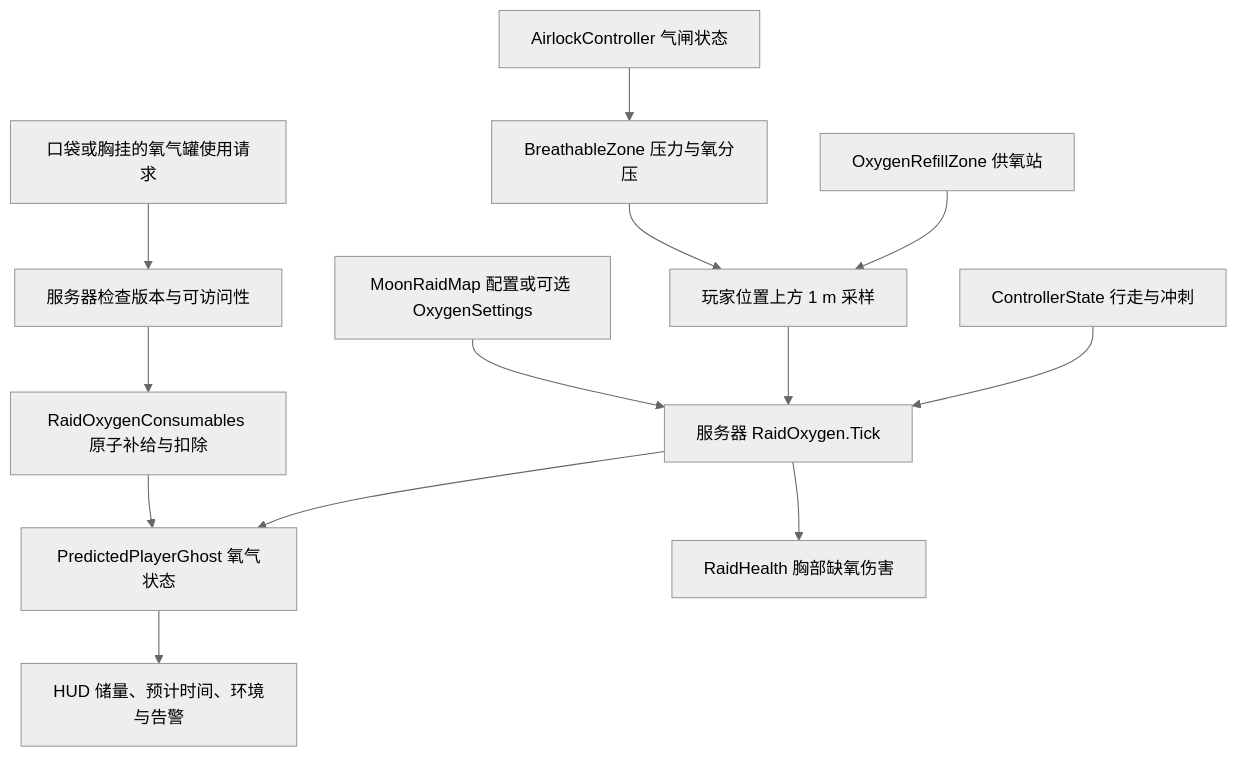
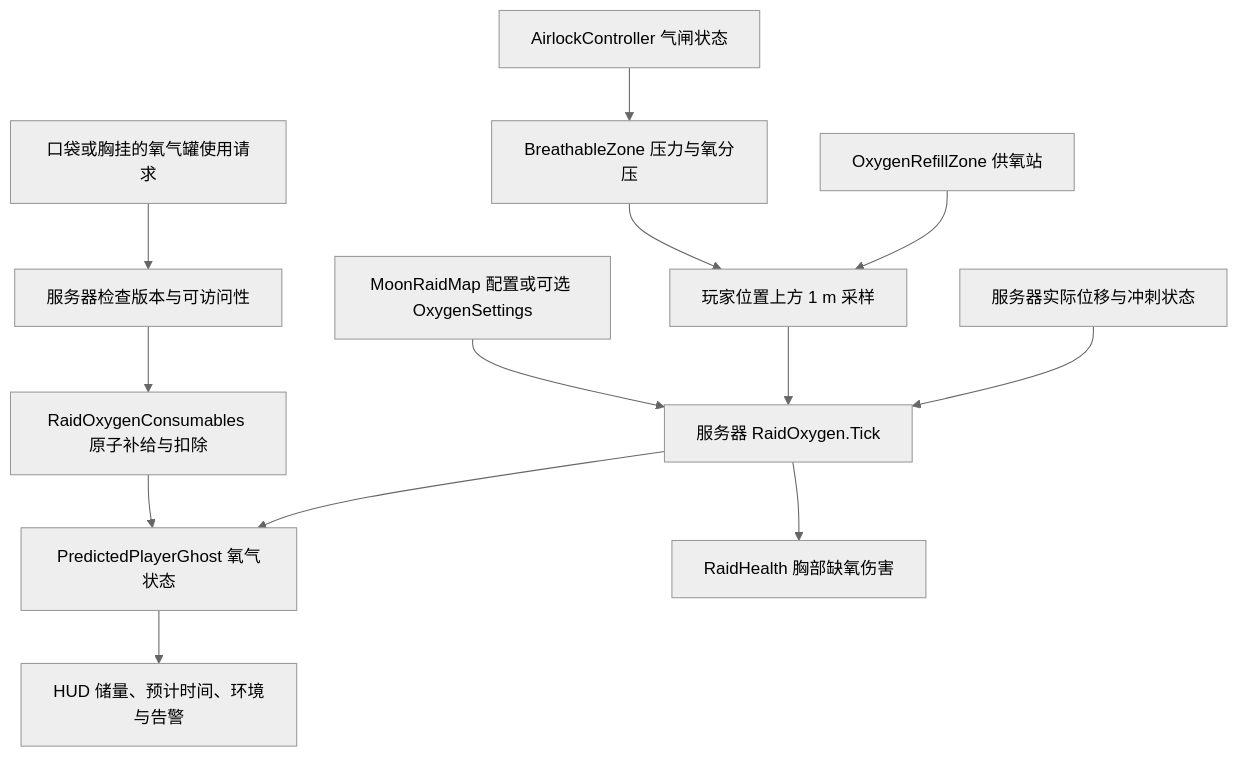
The diagram in Docs/OxygenSystem.md (MorrowHome/Moonkov), drawn with Mermaid (neutral theme) before and after one commit. The commit also changed other lines of this file and 9 other files, not shown here.

````diff
--- a/Docs/OxygenSystem.md
+++ b/Docs/OxygenSystem.md
@@ -5,15 +5,15 @@
 ```mermaid
 flowchart TD
     Map[MoonRaidMap 配置或可选 OxygenSettings] --> Tick[服务器 RaidOxygen.Tick]
     Room[BreathableZone 压力与氧分压] --> Sample[玩家位置上方 1 m 采样]
     Airlock[AirlockController 气闸状态] --> Room
     Station[OxygenRefillZone 供氧站] --> Sample
     Sample --> Tick
-    Motion[ControllerState 行走与冲刺] --> Tick
+    Motion[服务器实际位移与冲刺状态] --> Tick
     Item[口袋或胸挂的氧气罐使用请求] --> Transaction[服务器检查版本与可访问性]
     Transaction --> Refill[RaidOxygenConsumables 原子补给与扣除]
     Refill --> State[PredictedPlayerGhost 氧气状态]
     Tick --> State
     Tick --> Health[RaidHealth 胸部缺氧伤害]
     State --> HUD[HUD 储量、预计时间、环境与告警]
 ```
````
